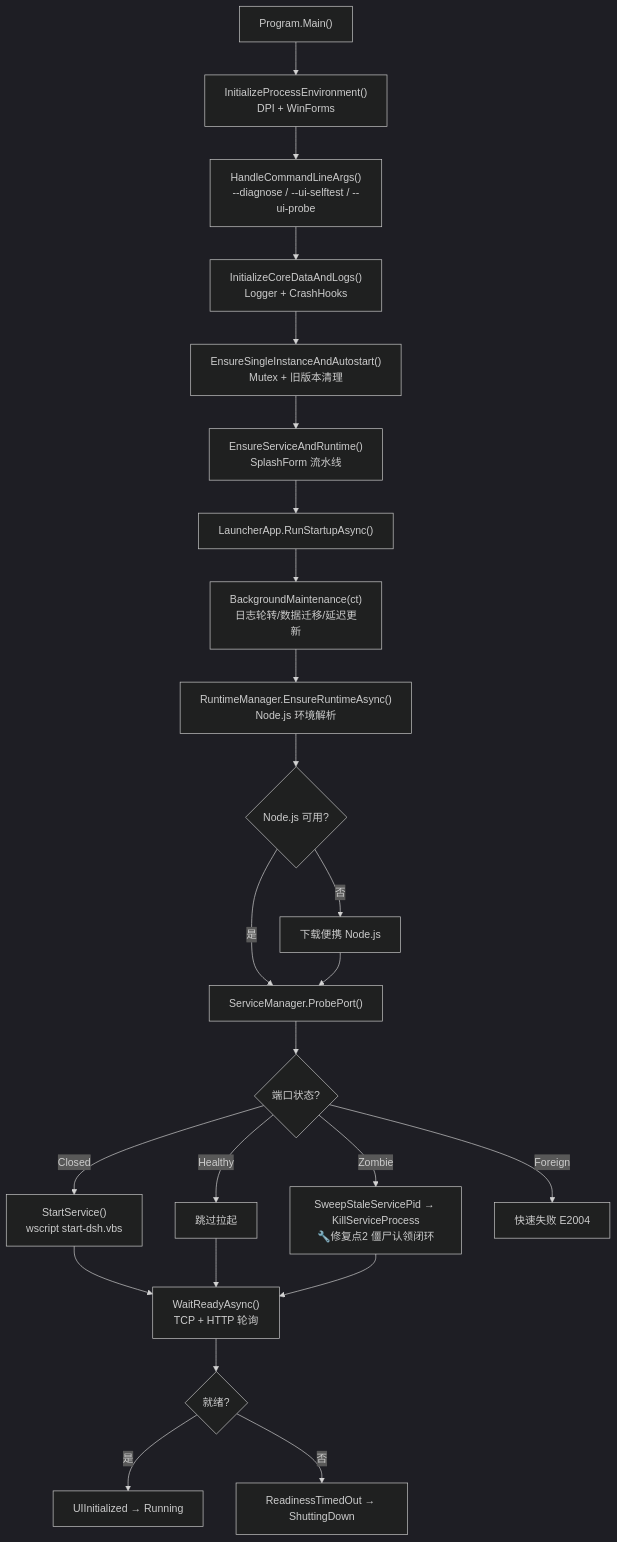
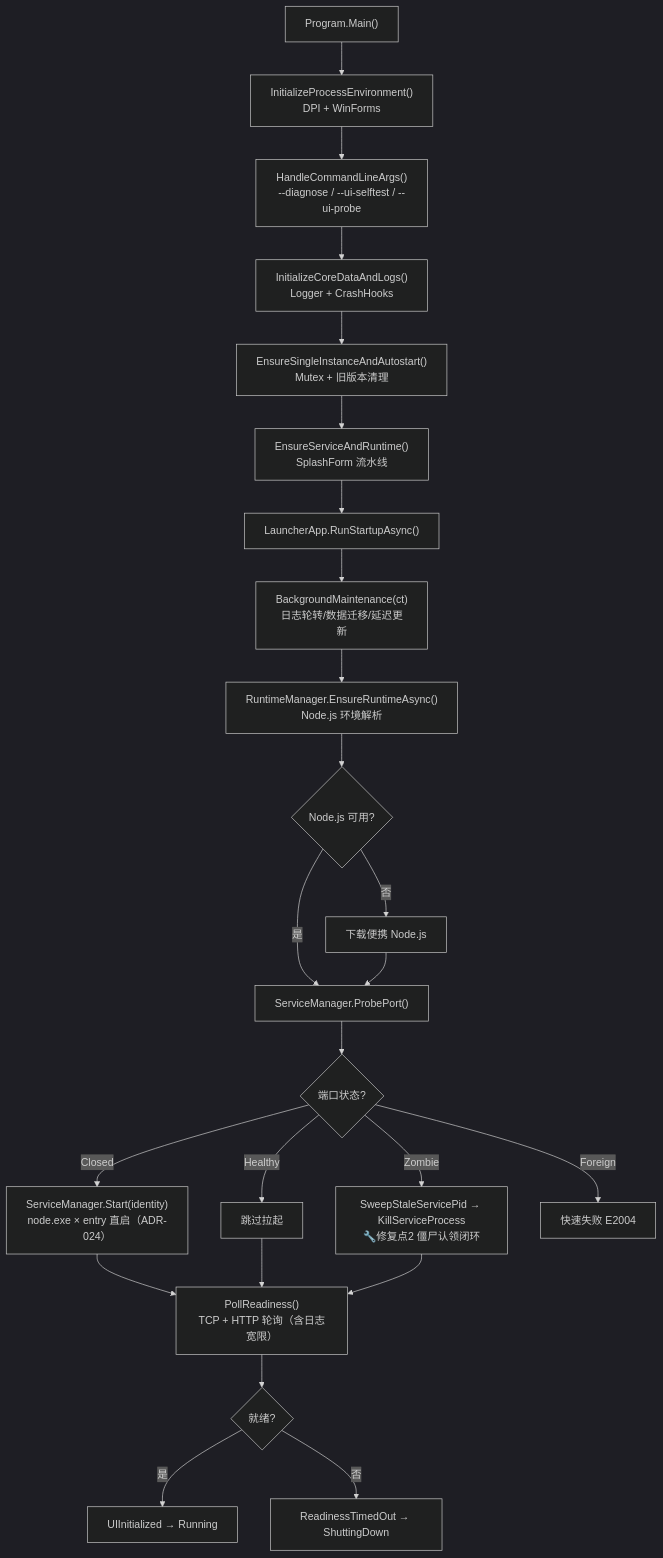
Before and after one commit to Ruler4396/dsh-launcher: the second of 5 diagrams in docs/SYSTEM_CAUSAL_MAP.md, drawn with Mermaid (dark theme). The commit also changed other lines of this file and 30 other files, not shown here.

````diff
--- a/docs/SYSTEM_CAUSAL_MAP.md
+++ b/docs/SYSTEM_CAUSAL_MAP.md
@@ -145,26 +145,26 @@
 ```mermaid
 graph TD
     A["Program.Main()"] --> B["InitializeProcessEnvironment()<br/>DPI + WinForms"]
     B --> C["HandleCommandLineArgs()<br/>--diagnose / --ui-selftest / --ui-probe"]
     C --> D["InitializeCoreDataAndLogs()<br/>Logger + CrashHooks"]
     D --> E["EnsureSingleInstanceAndAutostart()<br/>Mutex + 旧版本清理"]
     E --> F["EnsureServiceAndRuntime()<br/>SplashForm 流水线"]
     F --> G["LauncherApp.RunStartupAsync()"]
     G --> H["BackgroundMaintenance(ct)<br/>日志轮转/数据迁移/延迟更新"]
     H --> I["RuntimeManager.EnsureRuntimeAsync()<br/>Node.js 环境解析"]
     I --> J{"Node.js 可用?"}
     J -->|"是"| K["ServiceManager.ProbePort()"]
     J -->|"否"| L["下载便携 Node.js"]
     L --> K
     K --> M{"端口状态?"}
-    M -->|"Closed"| N["StartService()<br/>wscript start-dsh.vbs"]
+    M -->|"Closed"| N["ServiceManager.Start(identity)<br/>node.exe × entry 直启（ADR-024）"]
     M -->|"Healthy"| O["跳过拉起"]
     M -->|"Zombie"| P["SweepStaleServicePid → KillServiceProcess<br/>🔧修复点2 僵尸认领闭环"]
     M -->|"Foreign"| Q["快速失败 E2004"]
-    N --> R["WaitReadyAsync()<br/>TCP + HTTP 轮询"]
+    N --> R["PollReadiness()<br/>TCP + HTTP 轮询（含日志宽限）"]
     O --> R
     P --> R
     R --> S{"就绪?"}
     S -->|"是"| T["UIInitialized → Running"]
     S -->|"否"| U["ReadinessTimedOut → ShuttingDown"]
 ```
````
